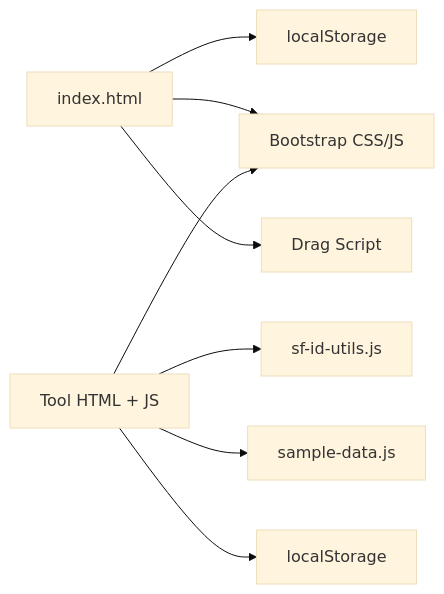
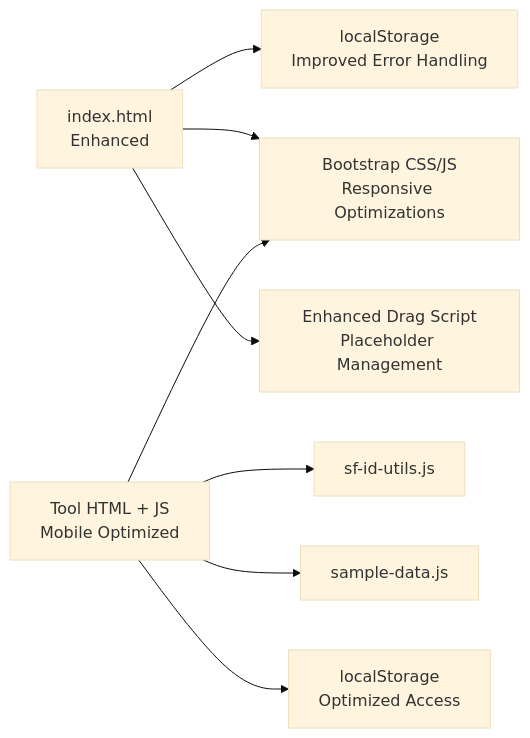
One commit to escaleraalcielo/developer-utilities changed the seventh of 7 diagrams in .qoder/repowiki/en/content/Core Architecture/Modular Tool Design Patterns.md. Above: the diagram before and after it, drawn with Mermaid (base theme). The commit also changed other lines of this file and 3 other files, not shown here.

````diff
--- a/.qoder/repowiki/en/content/Core Architecture/Modular Tool Design Patterns.md
+++ b/.qoder/repowiki/en/content/Core Architecture/Modular Tool Design Patterns.md
@@ -339,10 +356,10 @@
 ```mermaid
 graph LR
-Index["index.html"] --> LS["localStorage"]
-Index --> BS["Bootstrap CSS/JS"]
-Index --> DnD["Drag Script"]
-ToolPage["Tool HTML + JS"] --> Utils["sf-id-utils.js"]
+Index["index.html<br/>Enhanced"] --> LS["localStorage<br/>Improved Error Handling"]
+Index --> BS["Bootstrap CSS/JS<br/>Responsive Optimizations"]
+Index --> DnD["Enhanced Drag Script<br/>Placeholder Management"]
+ToolPage["Tool HTML + JS<br/>Mobile Optimized"] --> Utils["sf-id-utils.js"]
 ToolPage --> Sample["sample-data.js"]
 ToolPage --> BS
-ToolPage --> LocalStorage["localStorage"]
+ToolPage --> LocalStorage["localStorage<br/>Optimized Access"]
 ```
````
